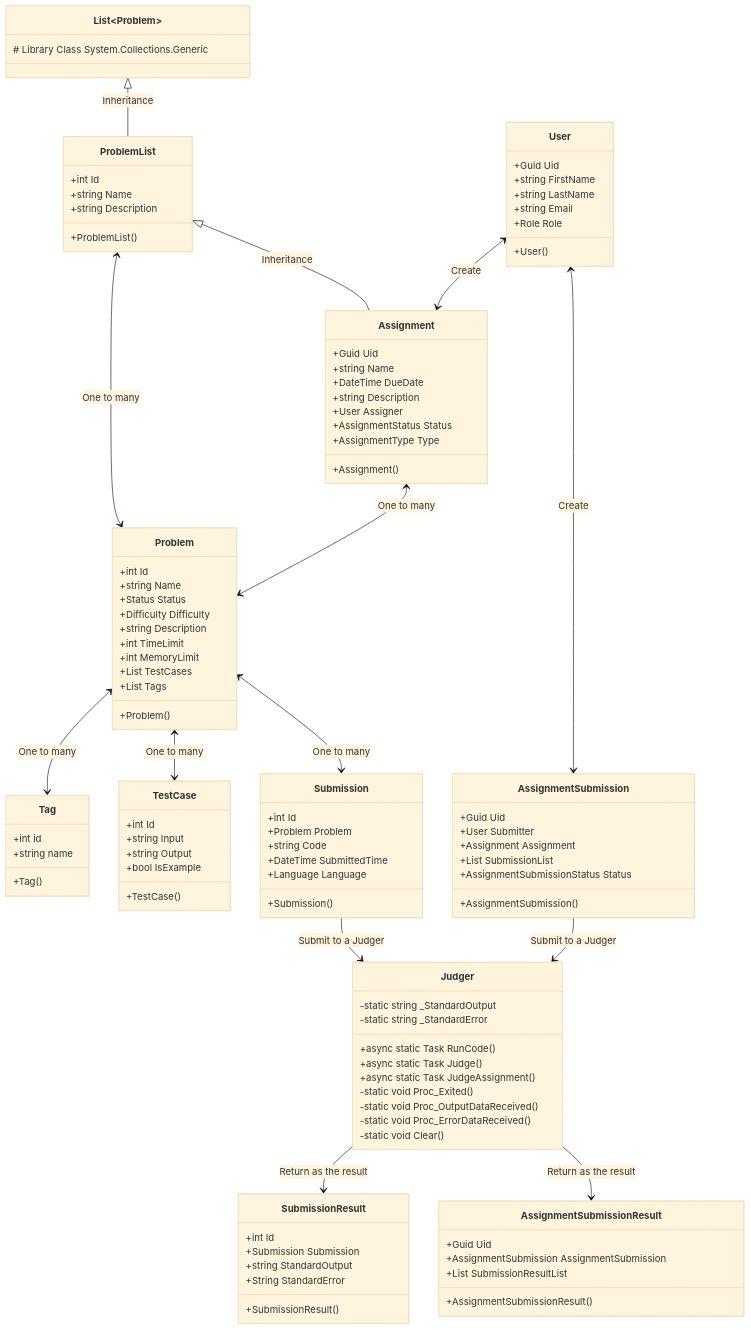
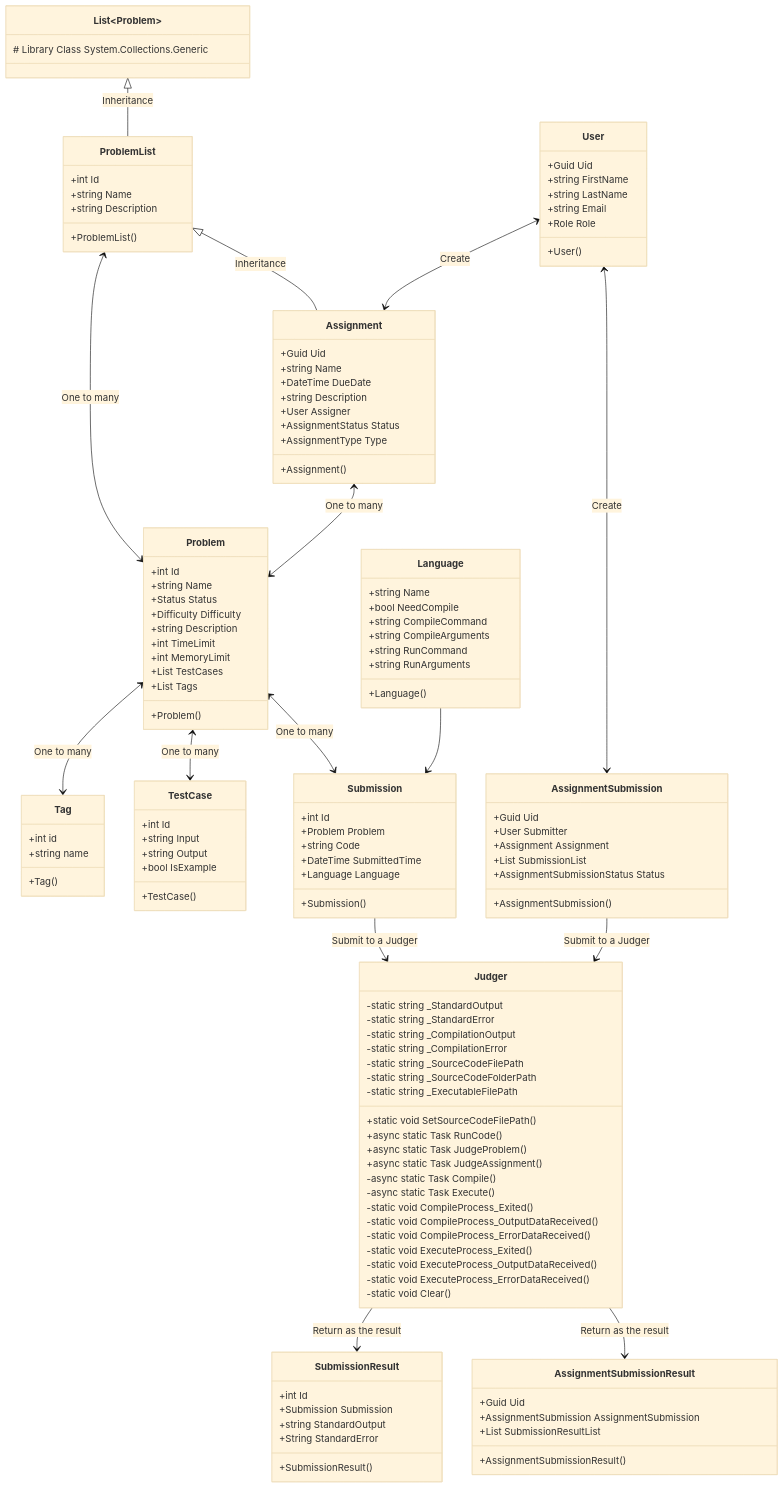
The diagram in report/graphs/classDiagram.mmd (HEIGE-PCloud/Algorithm-Dynamics), drawn with Mermaid (base theme) before and after one commit. The commit also changed 1 other file, not shown here.

Commit message:
report: update classDiagram for judger and language

```diff
--- a/report/graphs/classDiagram.mmd
+++ b/report/graphs/classDiagram.mmd
@@ -1,105 +1,126 @@
 classDiagram
     class Tag{
         +int id
         +string name
         +Tag()
     }
     class TestCase{
         +int Id
         +string Input
         +string Output
         +bool IsExample
         +TestCase()
     }
     class Problem{
         +int Id
         +string Name
         +Status Status
         +Difficulty Difficulty
         +string Description
         +int TimeLimit
         +int MemoryLimit
         +List<TestCase> TestCases
         +List<Tag> Tags
         +Problem()
     }
     class List~Problem~ {
         # Library Class System.Collections.Generic
     }
     class ProblemList{
         +int Id
         +string Name
         +string Description
         +ProblemList()
     }
     class Assignment{
         +Guid Uid
         +string Name
         +DateTime DueDate
         +string Description
         +User Assigner
         +AssignmentStatus Status
         +AssignmentType Type
         +Assignment()
     }
     class Submission{
         +int Id
         +Problem Problem
         +string Code
         +DateTime SubmittedTime
         +Language Language
         +Submission()
     }
     class SubmissionResult{
         +int Id
         +Submission Submission
         +string StandardOutput
         +String StandardError
         +SubmissionResult()
     }
     class AssignmentSubmission{
         +Guid Uid
         +User Submitter
         +Assignment Assignment
         +List<Submission> SubmissionList
         +AssignmentSubmissionStatus Status
         +AssignmentSubmission()
     }
     class AssignmentSubmissionResult{
         +Guid Uid
         +AssignmentSubmission AssignmentSubmission
         +List<SubmissionResult> SubmissionResultList
         +AssignmentSubmissionResult()
     }
     class Judger{
         -static string _StandardOutput
         -static string _StandardError
+        -static string _CompilationOutput
+        -static string _CompilationError
+        -static string _SourceCodeFilePath
+        -static string _SourceCodeFolderPath
+        -static string _ExecutableFilePath
+        +static void SetSourceCodeFilePath()
         +async static Task<SubmissionResult> RunCode()
-        +async static Task<SubmissionResult> Judge()
+        +async static Task<SubmissionResult> JudgeProblem()
         +async static Task<AssignmentSubmission> JudgeAssignment()
-        -static void Proc_Exited()
-        -static void Proc_OutputDataReceived()
-        -static void Proc_ErrorDataReceived()
+        -async static Task<int> Compile()
+        -async static Task<int> Execute()
+        -static void CompileProcess_Exited()
+        -static void CompileProcess_OutputDataReceived()
+        -static void CompileProcess_ErrorDataReceived()
+        -static void ExecuteProcess_Exited()
+        -static void ExecuteProcess_OutputDataReceived()
+        -static void ExecuteProcess_ErrorDataReceived()
         -static void Clear()
     }
     class User{
         +Guid Uid
         +string FirstName
         +string LastName
         +string Email
         +Role Role
         +User()
     }
+    class Language{
+        +string Name
+        +bool NeedCompile
+        +string CompileCommand
+        +string CompileArguments
+        +string RunCommand
+        +string RunArguments
+        +Language()
+    }
     List <|-- ProblemList: Inheritance
     ProblemList <|-- Assignment: Inheritance
     Submission --> Judger: Submit to a Judger
     Judger -->  SubmissionResult: Return as the result
     Problem <--> Tag:One to many
     Problem <--> TestCase:One to many
     Problem <--> Submission:One to many
+    Language --> Submission
     ProblemList <--> Problem:One to many
     Assignment <--> Problem:One to many
     User <--> Assignment:Create
     User <--> AssignmentSubmission:Create
     AssignmentSubmission --> Judger: Submit to a Judger
     Judger -->  AssignmentSubmissionResult: Return as the result
```
